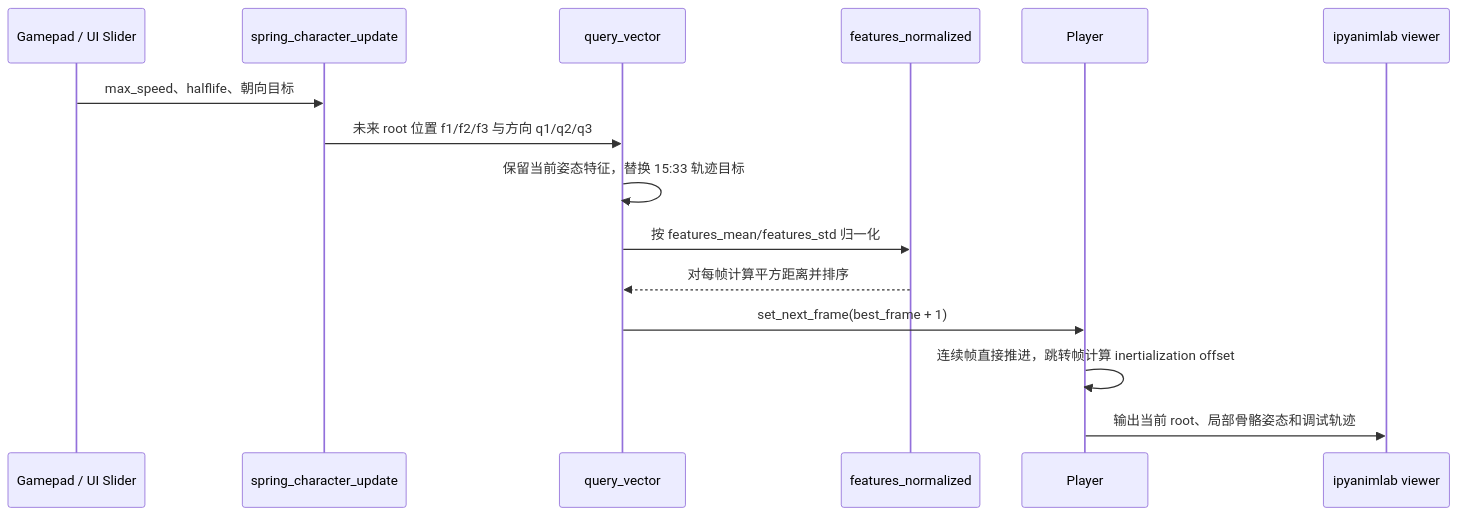
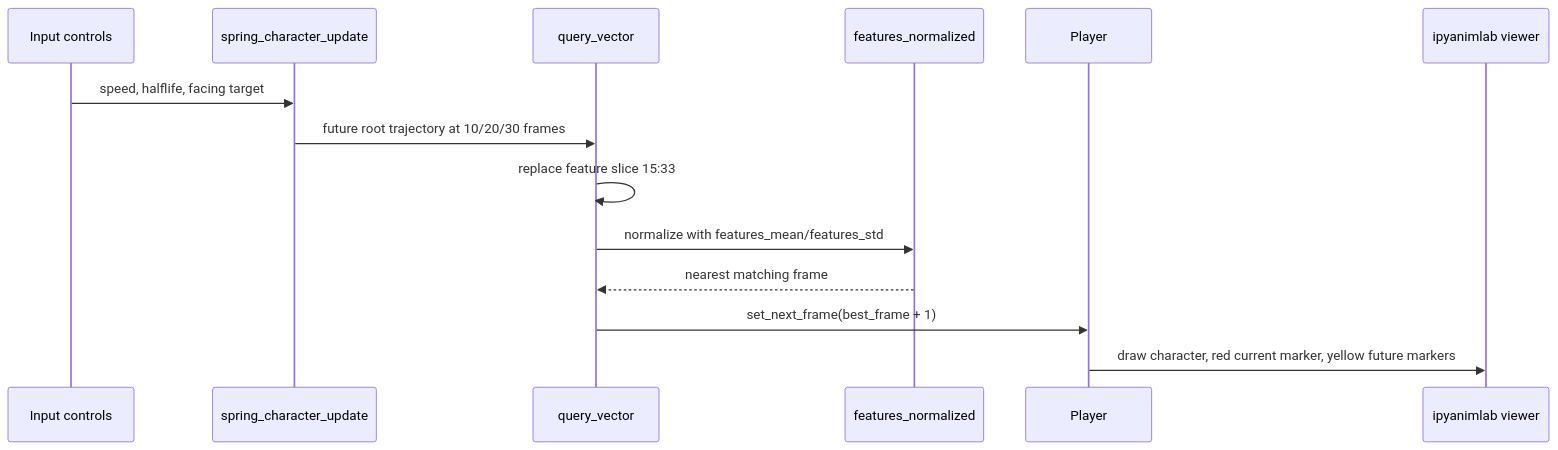
One commit to EvihGraphics/AnimationTech-HTC changed the second of 3 diagrams in docs/blog/AnimationPapers/motion_matching/README.md. Above: the diagram before and after it, drawn with Mermaid. The commit also changed other lines of this file and 25 other files, not shown here.

````diff
--- a/docs/blog/AnimationPapers/motion_matching/README.md
+++ b/docs/blog/AnimationPapers/motion_matching/README.md
@@ -51,18 +44,17 @@
 ```mermaid
 sequenceDiagram
-    participant Input as Gamepad / UI Slider
+    participant Input as Input controls
     participant Spring as spring_character_update
     participant Query as query_vector
     participant DB as features_normalized
     participant Player as Player
     participant Viewer as ipyanimlab viewer
 
-    Input->>Spring: max_speed、halflife、朝向目标
-    Spring->>Query: 未来 root 位置 f1/f2/f3 与方向 q1/q2/q3
-    Query->>Query: 保留当前姿态特征，替换 15:33 轨迹目标
-    Query->>DB: 按 features_mean/features_std 归一化
-    DB-->>Query: 对每帧计算平方距离并排序
+    Input->>Spring: speed, halflife, facing target
+    Spring->>Query: future root trajectory at 10/20/30 frames
+    Query->>Query: replace feature slice 15:33
+    Query->>DB: normalize with features_mean/features_std
+    DB-->>Query: nearest matching frame
     Query->>Player: set_next_frame(best_frame + 1)
-    Player->>Player: 连续帧直接推进，跳转帧计算 inertialization offset
-    Player->>Viewer: 输出当前 root、局部骨骼姿态和调试轨迹
+    Player->>Viewer: draw character, red current marker, yellow future markers
 ```
````
